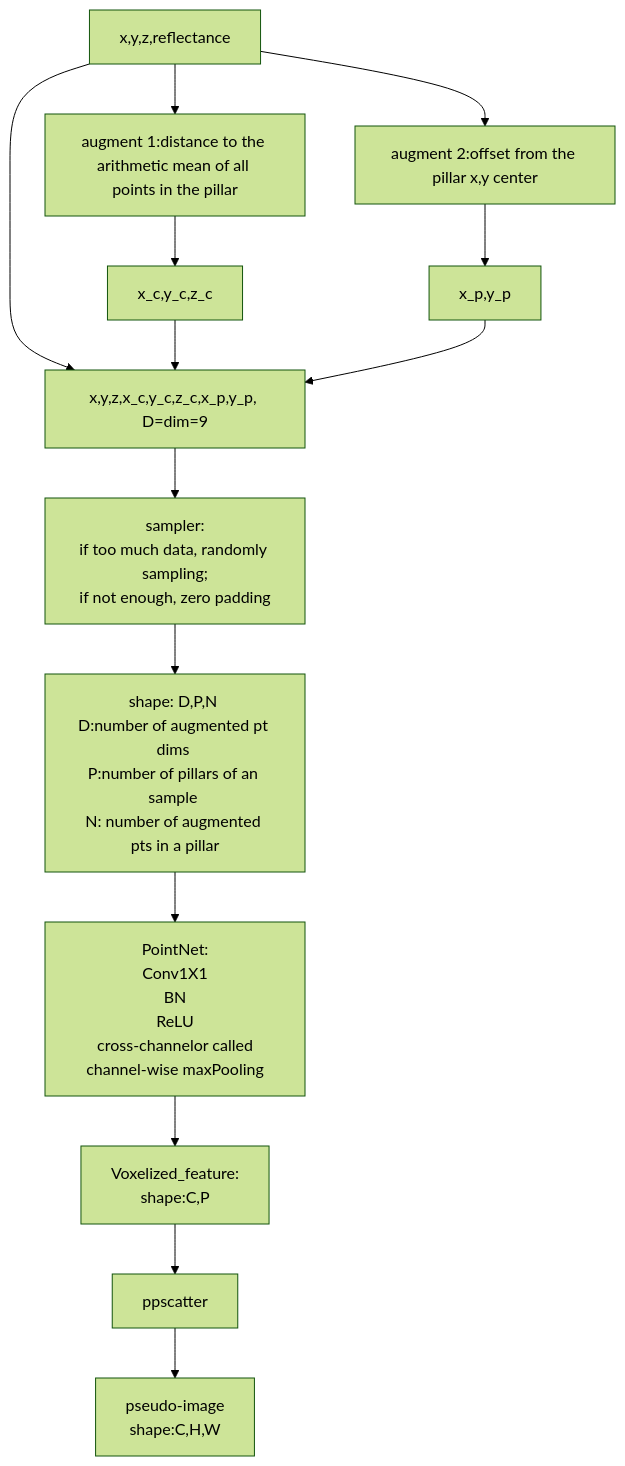
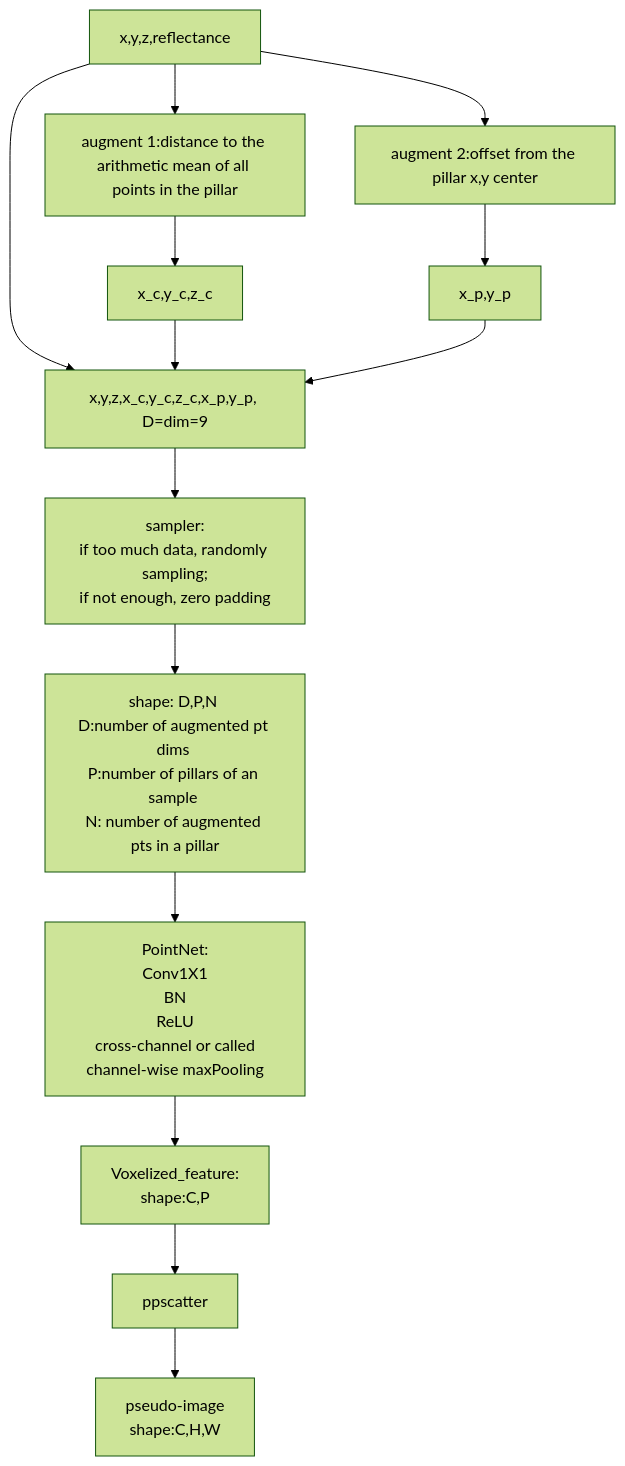
Before and after one commit to lvsolo/PaperMod: the third of 3 diagrams in content/posts/paper_reading/PointPillar.md, drawn with Mermaid (forest theme).

Commit message:
BEVDet;LSS;PPillar;CenterPoint

````diff
--- a/content/posts/paper_reading/PointPillar.md
+++ b/content/posts/paper_reading/PointPillar.md
@@ -33,16 +33,16 @@
 ```mermaid
 graph TB
     pt[x,y,z,reflectance] --> aug1[augment 1:distance to the arithmetic mean of all points in the pillar]
     pt --> aug2[augment 2:offset from the pillar x,y center]
     aug1 --> pt_aug1[x_c,y_c,z_c]
     aug2 --> pt_aug2[x_p,y_p]
     pt --> aug_pt[x,y,z,x_c,y_c,z_c,x_p,y_p, D=dim=9]
     pt_aug1 --> aug_pt
     pt_aug2 --> aug_pt
     aug_pt --> sampler["sampler:\nif too much data, randomly sampling;\nif not enough, zero padding"]
     sampler --> sampled_feature["shape: D,P,N \nD:number of augmented pt dims \nP:number of pillars of an sample \nN: number of augmented pts in a pillar"]
-    sampled_feature --> PointNet["PointNet:\nConv1X1\n BN \n ReLU \n cross-channelor called channel-wise maxPooling"]
+    sampled_feature --> PointNet["PointNet:\nConv1X1\n BN \n ReLU \n cross-channel or called channel-wise maxPooling"]
     PointNet --> Voxelized_feature["Voxelized_feature:\n shape:C,P"]
     Voxelized_feature --> ppscatter[ppscatter] 
     ppscatter --> pseudo-image["pseudo-image\nshape:C,H,W"]
 ```
````
